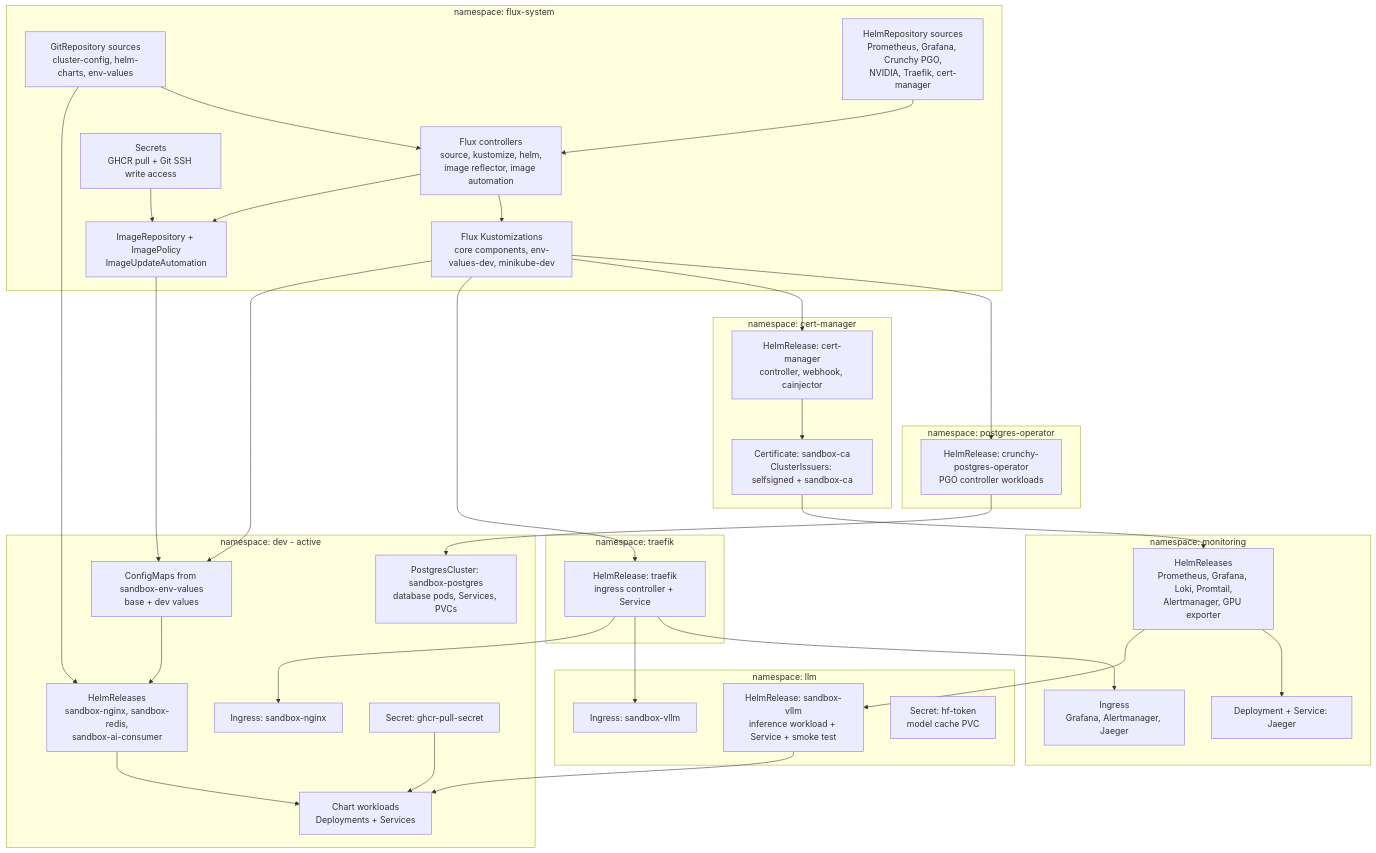
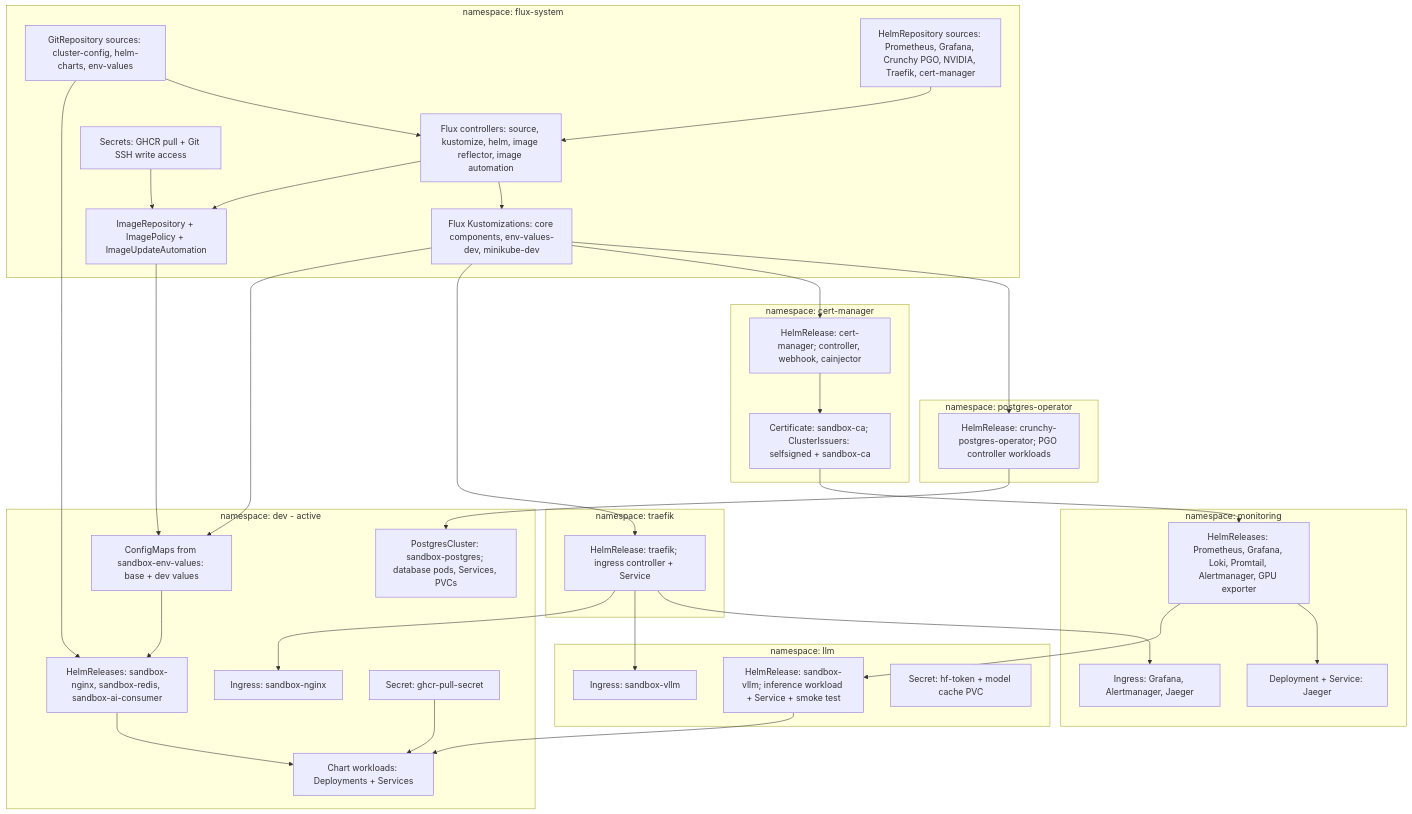
One commit to RobertKustra/sandbox-documentation changed the first of 2 diagrams in README.md. Above: the diagram before and after it, drawn with Mermaid. The commit also changed other lines of this file, not shown here.

Commit message:
Refactor mermaid diagram labels for consistency and clarity in README

````diff
--- a/README.md
+++ b/README.md
@@ -101,69 +101,69 @@
 ```mermaid
 flowchart TB
   subgraph FluxNS[namespace: flux-system]
-    Controllers["Flux controllers<br/>source, kustomize, helm,<br/>image reflector, image automation"]
-    GitSources["GitRepository sources<br/>cluster-config, helm-charts, env-values"]
-    HelmSources["HelmRepository sources<br/>Prometheus, Grafana, Crunchy PGO,<br/>NVIDIA, Traefik, cert-manager"]
-    FluxStages["Flux Kustomizations<br/>core components, env-values-dev, minikube-dev"]
-    ImageResources["ImageRepository + ImagePolicy<br/>ImageUpdateAutomation"]
-    FluxSecrets["Secrets<br/>GHCR pull + Git SSH write access"]
+    Controllers["Flux controllers: source, kustomize, helm, image reflector, image automation"]
+    GitSources["GitRepository sources: cluster-config, helm-charts, env-values"]
+    HelmSources["HelmRepository sources: Prometheus, Grafana, Crunchy PGO, NVIDIA, Traefik, cert-manager"]
+    FluxStages["Flux Kustomizations: core components, env-values-dev, minikube-dev"]
+    ImageResources["ImageRepository + ImagePolicy + ImageUpdateAutomation"]
+    FluxSecrets["Secrets: GHCR pull + Git SSH write access"]
   end
 
   subgraph PostgresNS[namespace: postgres-operator]
-    PGO["HelmRelease: crunchy-postgres-operator<br/>PGO controller workloads"]
+    PGO["HelmRelease: crunchy-postgres-operator; PGO controller workloads"]
   end
 
   subgraph CertNS[namespace: cert-manager]
-    CertManager["HelmRelease: cert-manager<br/>controller, webhook, cainjector"]
-    PKI["Certificate: sandbox-ca<br/>ClusterIssuers: selfsigned + sandbox-ca"]
+    CertManager["HelmRelease: cert-manager; controller, webhook, cainjector"]
+    PKI["Certificate: sandbox-ca; ClusterIssuers: selfsigned + sandbox-ca"]
   end
 
   subgraph TraefikNS[namespace: traefik]
-    Traefik["HelmRelease: traefik<br/>ingress controller + Service"]
+    Traefik["HelmRelease: traefik; ingress controller + Service"]
   end
 
   subgraph MonitoringNS[namespace: monitoring]
-    MonitoringCharts["HelmReleases<br/>Prometheus, Grafana, Loki, Promtail,<br/>Alertmanager, GPU exporter"]
+    MonitoringCharts["HelmReleases: Prometheus, Grafana, Loki, Promtail, Alertmanager, GPU exporter"]
     Jaeger[Deployment + Service: Jaeger]
-    MonitoringIngress["Ingress<br/>Grafana, Alertmanager, Jaeger"]
+    MonitoringIngress["Ingress: Grafana, Alertmanager, Jaeger"]
   end
 
   subgraph LLMNS[namespace: llm]
-    VLLM["HelmRelease: sandbox-vllm<br/>inference workload + Service + smoke test"]
+    VLLM["HelmRelease: sandbox-vllm; inference workload + Service + smoke test"]
     VLLMIngress[Ingress: sandbox-vllm]
-    HFSecret["Secret: hf-token<br/>model cache PVC"]
+    HFSecret["Secret: hf-token + model cache PVC"]
   end
 
   subgraph DevNS[namespace: dev - active]
-    EnvConfig["ConfigMaps from sandbox-env-values<br/>base + dev values"]
-    AppReleases["HelmReleases<br/>sandbox-nginx, sandbox-redis,<br/>sandbox-ai-consumer"]
-    AppWorkloads["Chart workloads<br/>Deployments + Services"]
+    EnvConfig["ConfigMaps from sandbox-env-values: base + dev values"]
+    AppReleases["HelmReleases: sandbox-nginx, sandbox-redis, sandbox-ai-consumer"]
+    AppWorkloads["Chart workloads: Deployments + Services"]
     NginxIngress[Ingress: sandbox-nginx]
-    Database["PostgresCluster: sandbox-postgres<br/>database pods, Services, PVCs"]
+    Database["PostgresCluster: sandbox-postgres; database pods, Services, PVCs"]
     PullSecret[Secret: ghcr-pull-secret]
   end
 
   GitSources --> Controllers
   HelmSources --> Controllers
   Controllers --> FluxStages
   Controllers --> ImageResources
   FluxStages --> PGO
   FluxStages --> CertManager
   CertManager --> PKI
   FluxStages --> Traefik
   PKI --> MonitoringCharts
   Traefik --> MonitoringIngress
   MonitoringCharts --> Jaeger
   MonitoringCharts --> VLLM
   PGO --> Database
   FluxStages --> EnvConfig
   EnvConfig --> AppReleases
   GitSources --> AppReleases
   AppReleases --> AppWorkloads
   VLLM --> AppWorkloads
   Traefik --> VLLMIngress
   Traefik --> NginxIngress
   ImageResources --> EnvConfig
   FluxSecrets --> ImageResources
   PullSecret --> AppWorkloads
 ```
````
